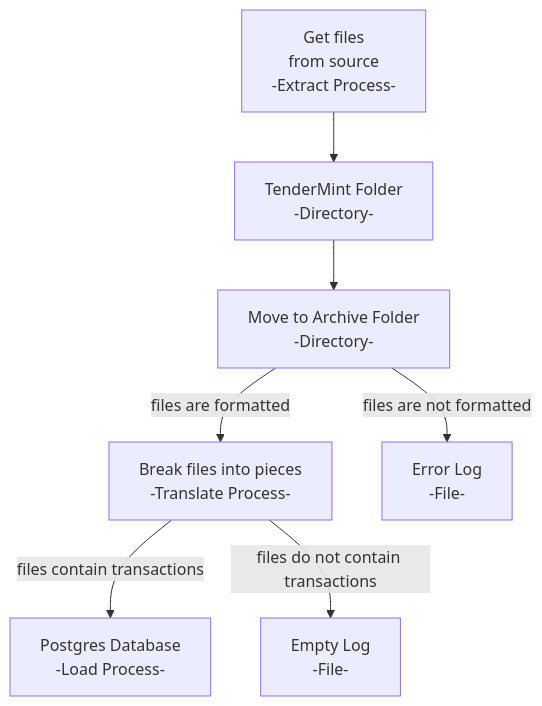
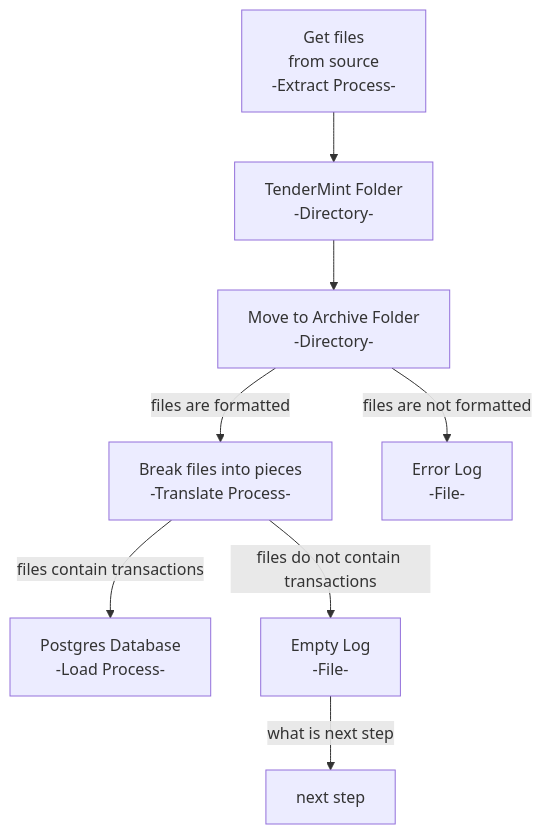
One commit to patmcfarland/one changed the diagram in README.md. Above: the diagram before and after it, drawn with Mermaid.

````diff
--- a/README.md
+++ b/README.md
@@ -1,15 +1,17 @@
 ```mermaid
 flowchart TD
 A[Get files<br>from source<br>-Extract Process-]
 A --> B
 B[TenderMint Folder<br>-Directory-]
 B --> C[Move to Archive Folder<br>-Directory-]
 C -- files are formatted --> D
 D[Break files into pieces<br>-Translate Process-]
 C -- files are not formatted --> E
 E[Error Log<br>-File-]
 F[Postgres Database<br>-Load Process-]
 D -- files contain transactions --> F
 D -- files do not contain transactions --> G
 G[Empty Log<br>-File-]
+H[next step]
+G -- what is next step --> H
 ```
````
